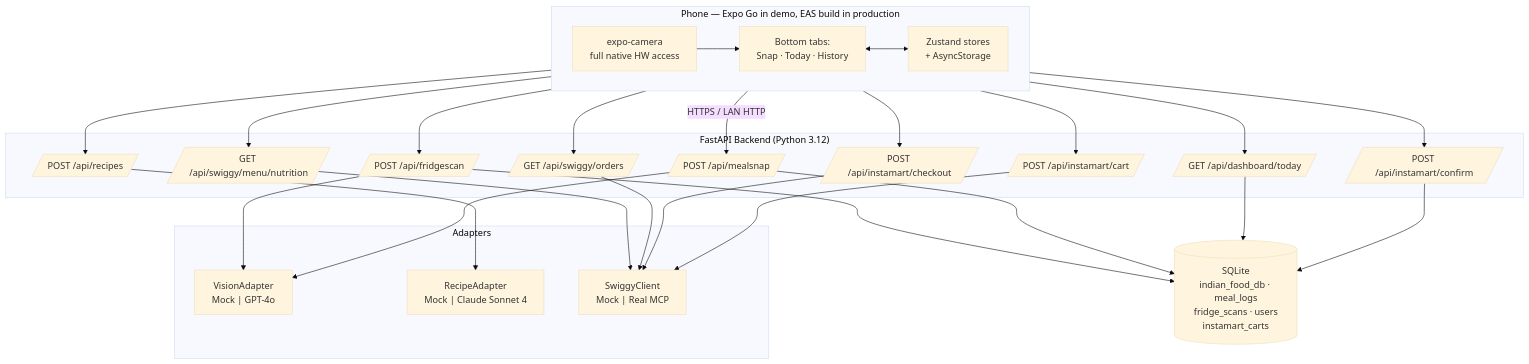
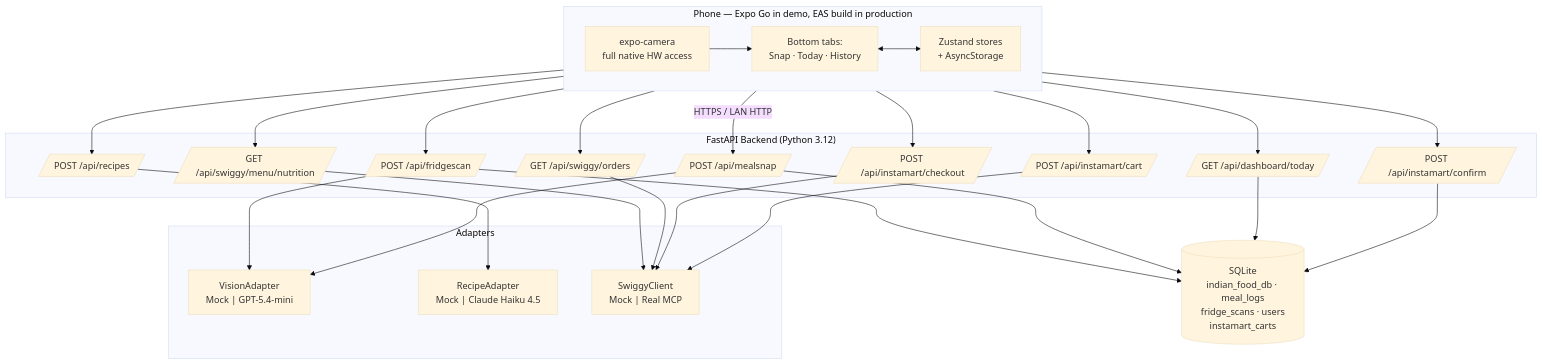
Before and after one commit to AmaanBarmare/snapcal: the first of 3 diagrams in docs/architecture.md, drawn with Mermaid (base theme). The commit also changed other lines of this file and 7 other files, not shown here.

````diff
--- a/docs/architecture.md
+++ b/docs/architecture.md
@@ -9,52 +9,52 @@
 ```mermaid
 flowchart TB
     subgraph Phone[Phone — Expo Go in demo, EAS build in production]
         Cam["expo-camera<br/>full native HW access"]
         UI["Bottom tabs:<br/>Snap · Today · History"]
         State["Zustand stores<br/>+ AsyncStorage"]
         Cam --> UI
         UI <--> State
     end
 
     subgraph BE["FastAPI Backend (Python 3.12)"]
         R1[/"POST /api/mealsnap"/]
         R2[/"POST /api/fridgescan"/]
         R3[/"POST /api/recipes"/]
         R4[/"POST /api/instamart/cart"/]
         R5[/"POST /api/instamart/confirm"/]
         R6[/"POST /api/instamart/checkout"/]
         R7[/"GET /api/swiggy/orders"/]
         R8[/"GET /api/swiggy/menu/nutrition"/]
         R9[/"GET /api/dashboard/today"/]
     end
 
     subgraph Adapters
-        VA["VisionAdapter<br/>Mock | GPT-4o"]
-        RA["RecipeAdapter<br/>Mock | Claude Sonnet 4"]
+        VA["VisionAdapter<br/>Mock | GPT-5.4-mini"]
+        RA["RecipeAdapter<br/>Mock | Claude Haiku 4.5"]
         SW["SwiggyClient<br/>Mock | Real MCP"]
     end
 
     DB[("SQLite<br/>indian_food_db · meal_logs<br/>fridge_scans · users<br/>instamart_carts")]
 
     Phone -- HTTPS / LAN HTTP --> R1
     Phone --> R2
     Phone --> R3
     Phone --> R4
     Phone --> R5
     Phone --> R6
     Phone --> R7
     Phone --> R8
     Phone --> R9
 
     R1 --> VA
     R2 --> VA
     R3 --> RA
     R4 --> SW
     R5 --> DB
     R6 --> SW
     R7 --> SW
     R8 --> SW
     R9 --> DB
     R1 --> DB
     R2 --> DB
 ```
````
